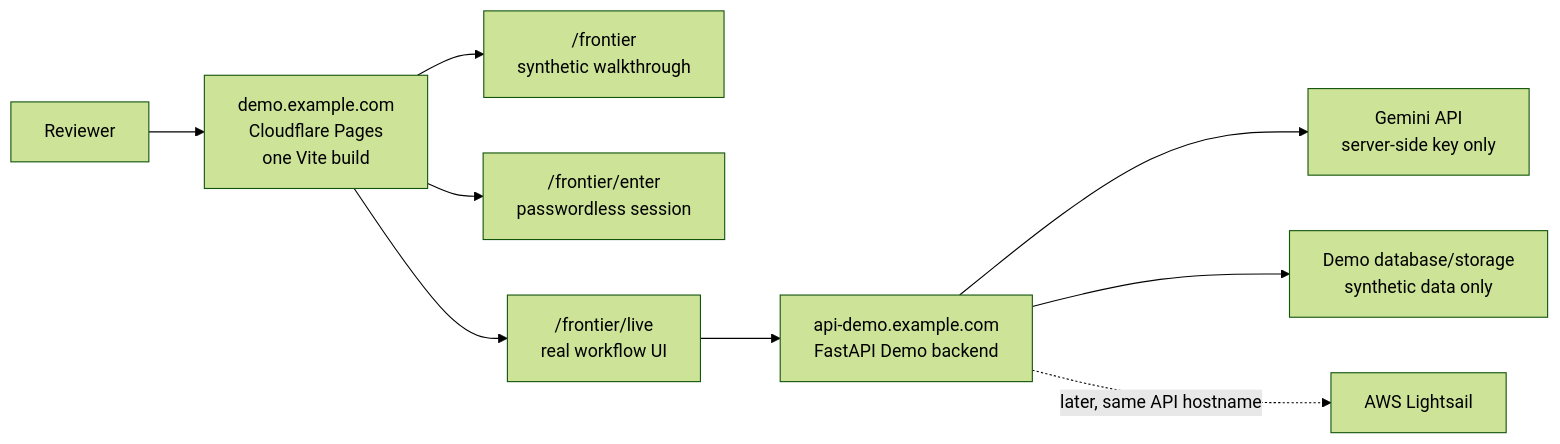
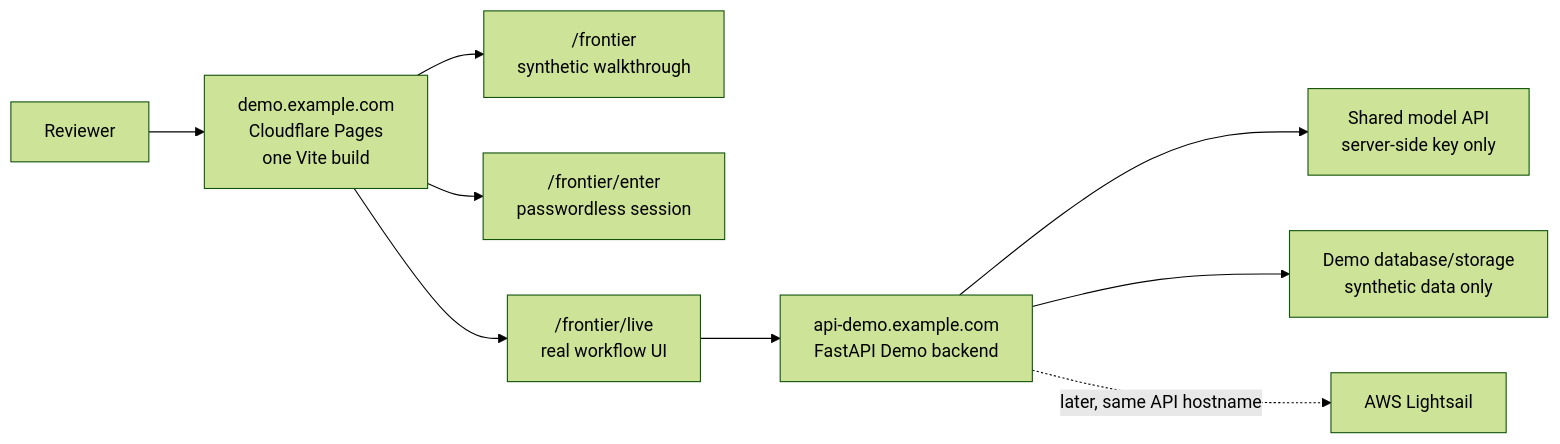
One commit to SmarTAI-2025/SmarTAI changed the diagram in frontend/app/docs/AWS_FRONTIER_RUN_AND_DEPLOY_CN.md. Above: the diagram before and after it, drawn with Mermaid (forest theme). The commit also changed other lines of this file, not shown here.

Commit message:
docs(demo): explain shared model switching and retained secrets

````diff
--- a/frontend/app/docs/AWS_FRONTIER_RUN_AND_DEPLOY_CN.md
+++ b/frontend/app/docs/AWS_FRONTIER_RUN_AND_DEPLOY_CN.md
@@ -63,11 +228,11 @@
 ```mermaid
 flowchart LR
     R["Reviewer"] --> F["demo.example.com<br/>Cloudflare Pages<br/>one Vite build"]
     F --> P["/frontier<br/>synthetic walkthrough"]
     F --> E["/frontier/enter<br/>passwordless session"]
     F --> L["/frontier/live<br/>real workflow UI"]
     L --> A["api-demo.example.com<br/>FastAPI Demo backend"]
-    A --> G["Gemini API<br/>server-side key only"]
+    A --> G["Shared model API<br/>server-side key only"]
     A --> D["Demo database/storage<br/>synthetic data only"]
     A -. "later, same API hostname" .-> W["AWS Lightsail"]
 ```
````
